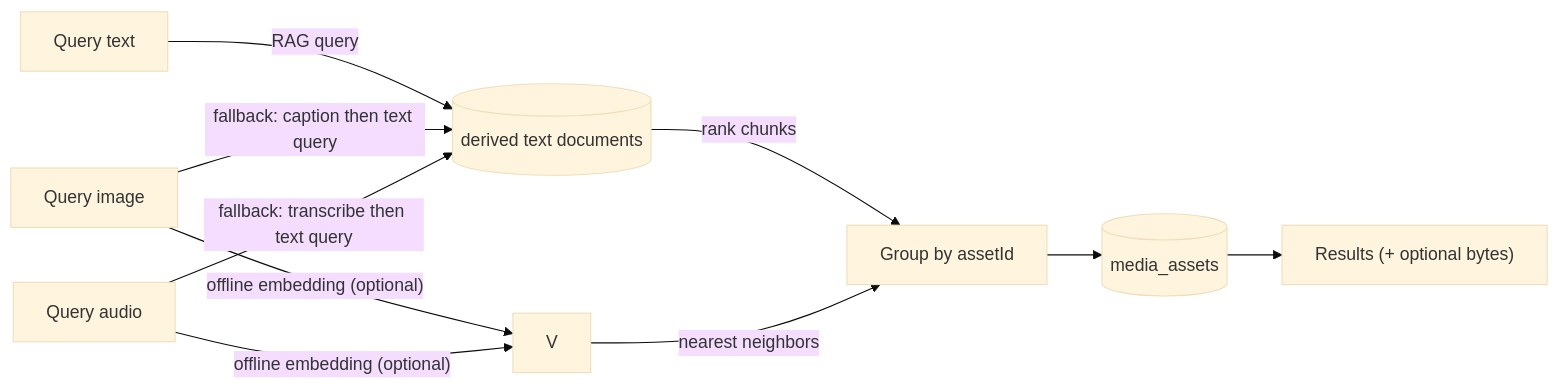
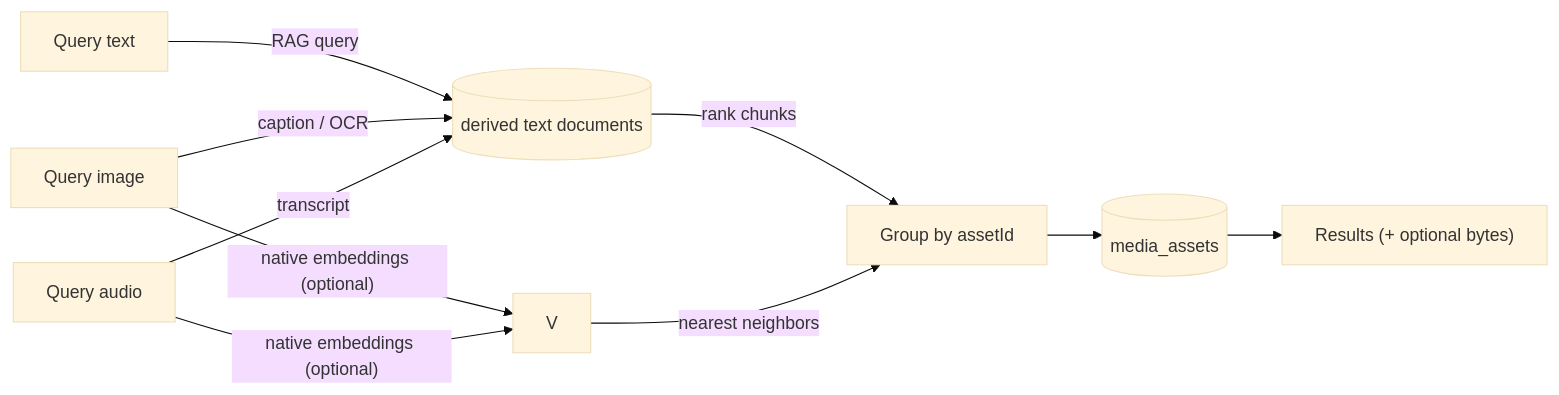
One commit to framersai/agentos changed the second of 2 diagrams in docs/MULTIMODAL_RAG.md. Above: the diagram before and after it, drawn with Mermaid (base theme). The commit also changed other lines of this file and 1 other file, not shown here.

First line of the commit message:
docs: replace ASCII architecture diagrams with Mermaid

````diff
--- a/docs/MULTIMODAL_RAG.md
+++ b/docs/MULTIMODAL_RAG.md
@@ -36,12 +38,12 @@
 ```mermaid
 flowchart LR
   Q[Query text] -->|RAG query| T[(derived text documents)]
-  QI[Query image] -->|"offline embedding (optional)"| V
-  QI -->|"fallback: caption then text query"| T
-  QA[Query audio] -->|"offline embedding (optional)"| V
-  QA -->|"fallback: transcribe then text query"| T
+  QI[Query image] -->|"caption / OCR"| T
+  QI -->|"native embeddings (optional)"| V
+  QA[Query audio] -->|"transcript"| T
+  QA -->|"native embeddings (optional)"| V
   T -->|"rank chunks"| G[Group by assetId]
   V -->|"nearest neighbors"| G
   G --> A[(media_assets)]
   A --> OUT["Results (+ optional bytes)"]
 ```
````
